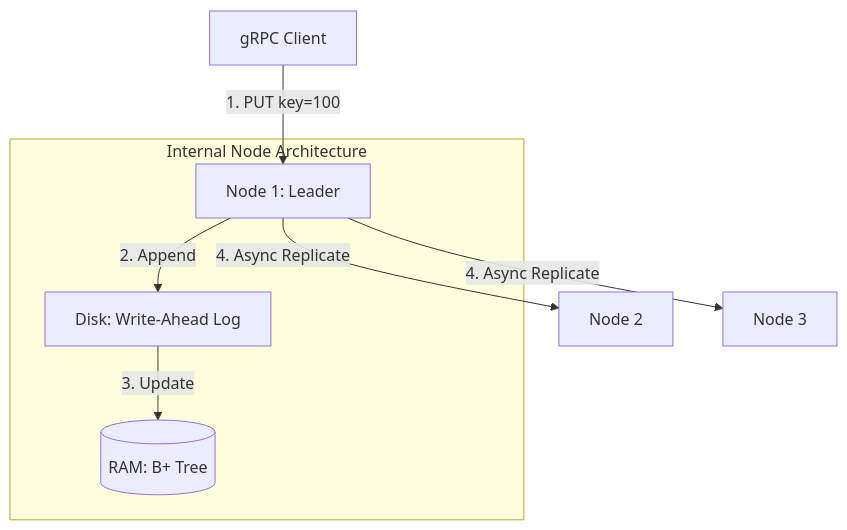
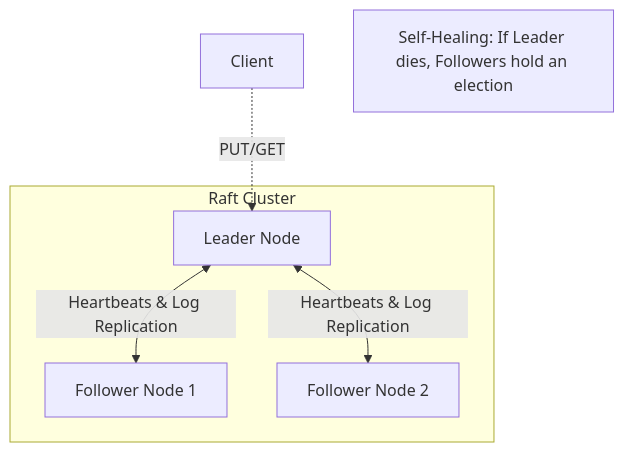
The diagram in README.md (MChandrahas/Distributed-KV-Store), drawn with Mermaid before and after one commit. The commit also changed other lines of this file and 4 other files, not shown here.

Commit message:
Phase 4: Implemented Raft Leader Election and Heartbeats

````diff
--- a/README.md
+++ b/README.md
@@ -22,12 +22,11 @@
 ```mermaid
 graph TD
-    Client[gRPC Client] -->|1. PUT key=100| Leader[Node 1: Leader]
+    subgraph "Raft Cluster"
+        L[Leader Node] <-->|Heartbeats & Log Replication| F1[Follower Node 1]
+        L <-->|Heartbeats & Log Replication| F2[Follower Node 2]
+    end
     
-    subgraph "Internal Node Architecture"
-        Leader -->|2. Append| WAL[Disk: Write-Ahead Log]
-        WAL -->|3. Update| Index[(RAM: B+ Tree)]
-    end
-
-    Leader -->|4. Async Replicate| Follower1[Node 2]
-    Leader -->|4. Async Replicate| Follower2[Node 3]
+    Client[Client] -.->|PUT/GET| L
+    
+    note[Self-Healing: If Leader dies, Followers hold an election]
 ```
````
